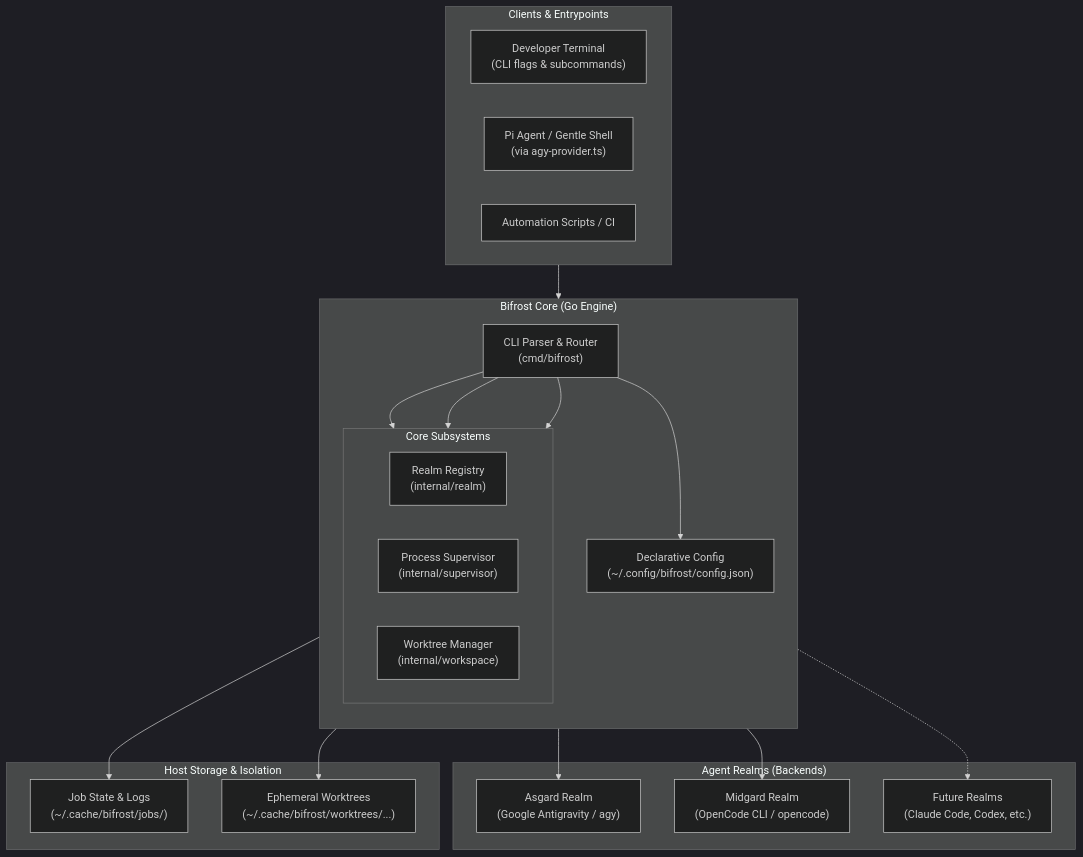
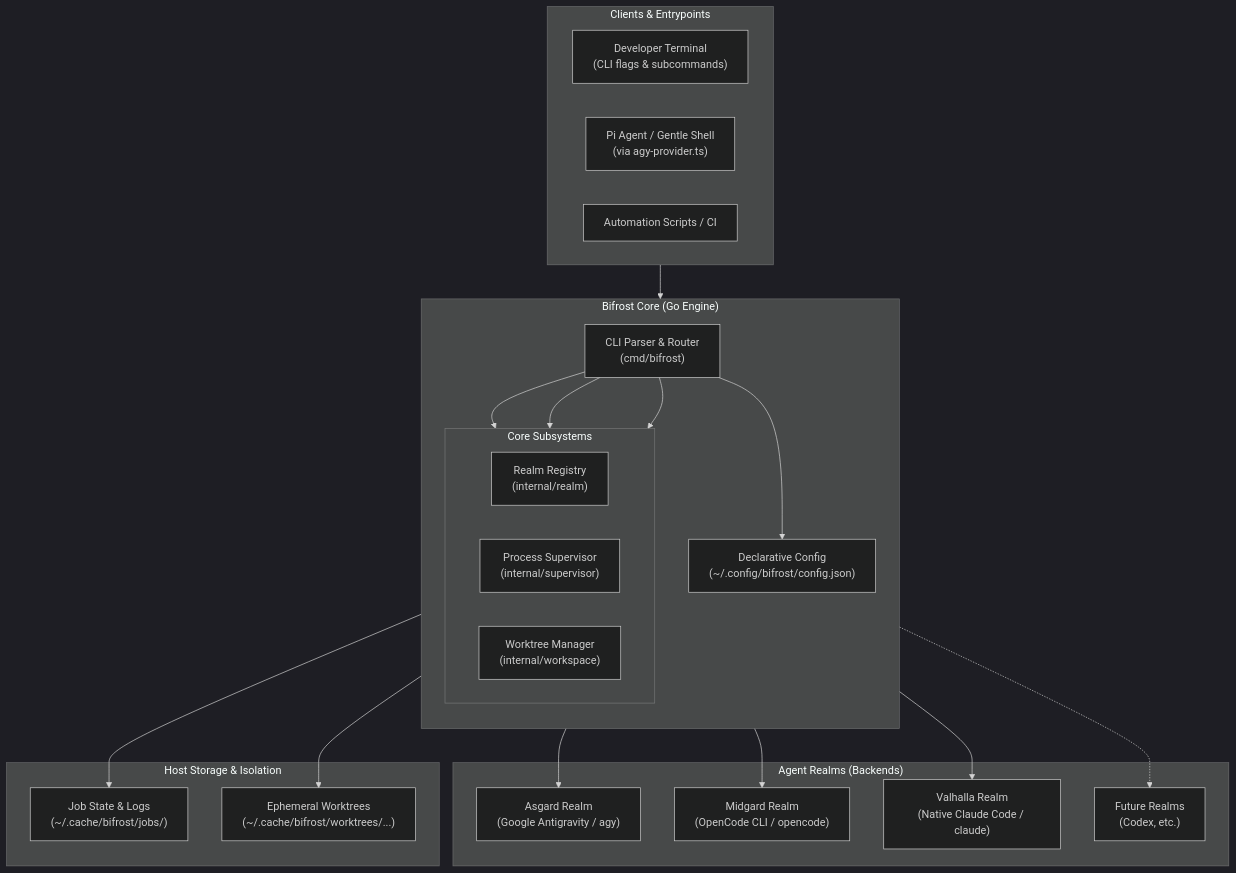
The first of 2 diagrams in docs/architecture.md (FullFran/bifrost), drawn with Mermaid (dark theme) before and after one commit. The commit also changed other lines of this file and 8 other files, not shown here.

Commit message:
feat(realms): add native Claude and shared routing controls

````diff
--- a/docs/architecture.md
+++ b/docs/architecture.md
@@ -11,45 +11,47 @@
 ```mermaid
 flowchart TB
     subgraph Clients["Clients & Entrypoints"]
         CLI["Developer Terminal<br/>(CLI flags & subcommands)"]
         GS["Pi Agent / Gentle Shell<br/>(via agy-provider.ts)"]
         Scripts["Automation Scripts / CI"]
     end
 
     subgraph Bifrost["Bifrost Core (Go Engine)"]
         direction TB
         Main["CLI Parser & Router<br/>(cmd/bifrost)"]
         Config["Declarative Config<br/>(~/.config/bifrost/config.json)"]
         
         subgraph Subsystems["Core Subsystems"]
             direction LR
             RealmRegistry["Realm Registry<br/>(internal/realm)"]
             Supervisor["Process Supervisor<br/>(internal/supervisor)"]
             WorktreeMgr["Worktree Manager<br/>(internal/workspace)"]
         end
     end
 
     subgraph Realms["Agent Realms (Backends)"]
         Asgard["Asgard Realm<br/>(Google Antigravity / agy)"]
         Midgard["Midgard Realm<br/>(OpenCode CLI / opencode)"]
-        FutureRealms["Future Realms<br/>(Claude Code, Codex, etc.)"]
+        Valhalla["Valhalla Realm<br/>(Native Claude Code / claude)"]
+        FutureRealms["Future Realms<br/>(Codex, etc.)"]
     end
 
     subgraph Storage["Host Storage & Isolation"]
         Cache["Job State & Logs<br/>(~/.cache/bifrost/jobs/)"]
         Worktrees["Ephemeral Worktrees<br/>(~/.cache/bifrost/worktrees/...)"]
     end
 
     Clients --> Main
     Main --> Config
     Main --> RealmRegistry
     Main --> Supervisor
     Main --> WorktreeMgr
 
     RealmRegistry --> Asgard
     RealmRegistry --> Midgard
+    RealmRegistry --> Valhalla
     RealmRegistry -.-> FutureRealms
 
     Supervisor --> Cache
     WorktreeMgr --> Worktrees
 ```
````
